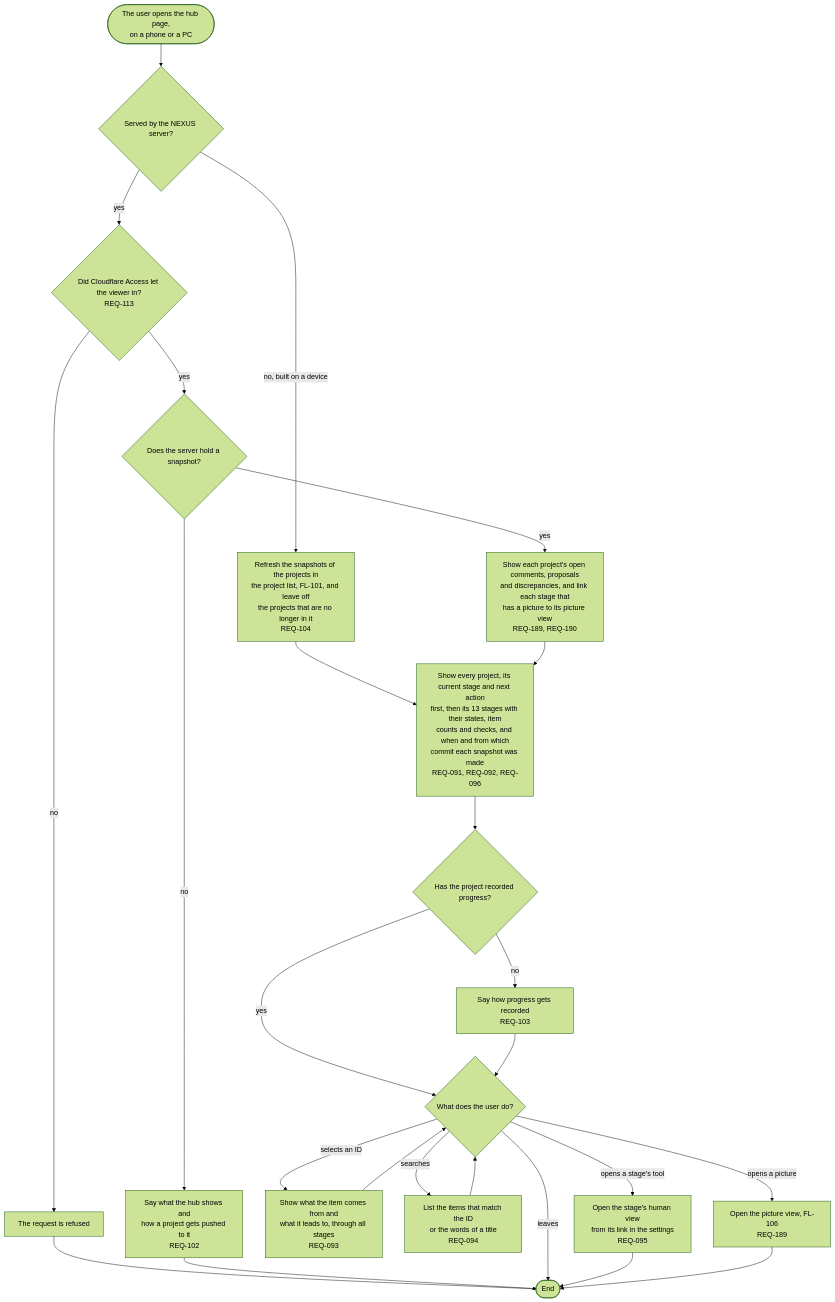
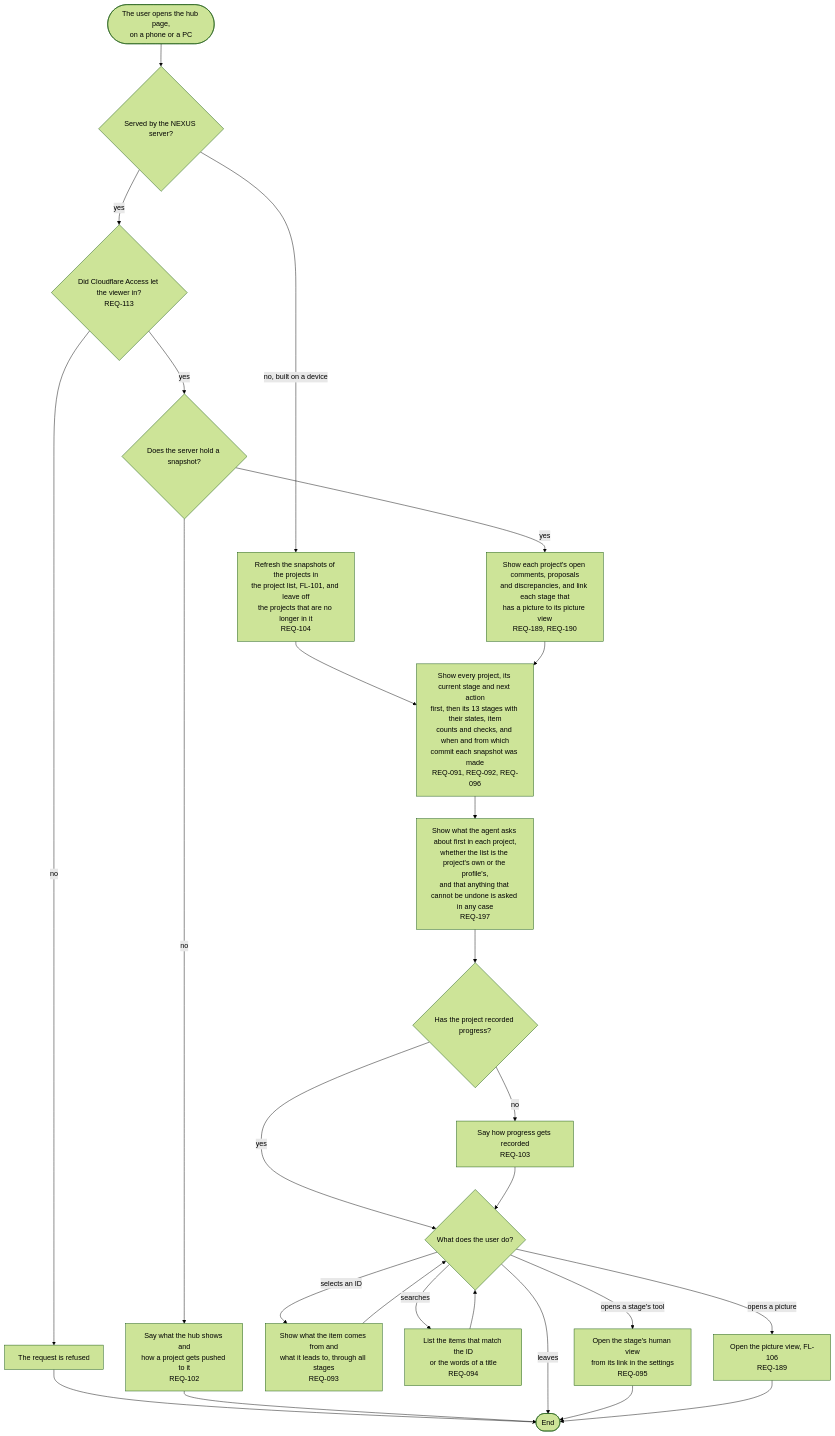
One commit to kodonghui/corthex-nexus changed the diagram in docs/03-user-flow/nexus/FL-105-see-the-hub-page.md. Above: the diagram before and after it, drawn with Mermaid (forest theme). The commit also changed other lines of this file and 7 other files, not shown here.

First line of the commit message:
docs(nexus): show each project's ask-first list in the hub

````diff
--- a/docs/03-user-flow/nexus/FL-105-see-the-hub-page.md
+++ b/docs/03-user-flow/nexus/FL-105-see-the-hub-page.md
@@ -9,27 +9,28 @@
 ```mermaid
 flowchart TD
   A(["The user opens the hub page,<br/>on a phone or a PC"]) --> B{"Served by the NEXUS server?"}
   B -->|no, built on a device| C["Refresh the snapshots of the projects in<br/>the project list, FL-101, and leave off<br/>the projects that are no longer in it<br/>REQ-104"]
   B -->|yes| D{"Did Cloudflare Access let the viewer in?<br/>REQ-113"}
   D -->|no| D1["The request is refused"]
   D1 --> Z(["End"])
   D -->|yes| E{"Does the server hold a snapshot?"}
   E -->|no| E1["Say what the hub shows and<br/>how a project gets pushed to it<br/>REQ-102"]
   E1 --> Z
   E -->|yes| F["Show each project's open comments, proposals<br/>and discrepancies, and link each stage that<br/>has a picture to its picture view<br/>REQ-189, REQ-190"]
   C --> G
   F --> G["Show every project, its current stage and next action<br/>first, then its 13 stages with their states, item<br/>counts and checks, and when and from which<br/>commit each snapshot was made<br/>REQ-091, REQ-092, REQ-096"]
-  G --> H{"Has the project recorded progress?"}
+  G --> G1["Show what the agent asks about first in each project,<br/>whether the list is the project's own or the profile's,<br/>and that anything that cannot be undone is asked in any case<br/>REQ-197"]
+  G1 --> H{"Has the project recorded progress?"}
   H -->|no| H1["Say how progress gets recorded<br/>REQ-103"]
   H -->|yes| I
   H1 --> I{"What does the user do?"}
   I -->|selects an ID| J["Show what the item comes from and<br/>what it leads to, through all stages<br/>REQ-093"]
   I -->|searches| K["List the items that match the ID<br/>or the words of a title<br/>REQ-094"]
   I -->|opens a stage's tool| L["Open the stage's human view<br/>from its link in the settings<br/>REQ-095"]
   I -->|opens a picture| M["Open the picture view, FL-106<br/>REQ-189"]
   I -->|leaves| Z
   J --> I
   K --> I
   L --> Z
   M --> Z
 ```
````
